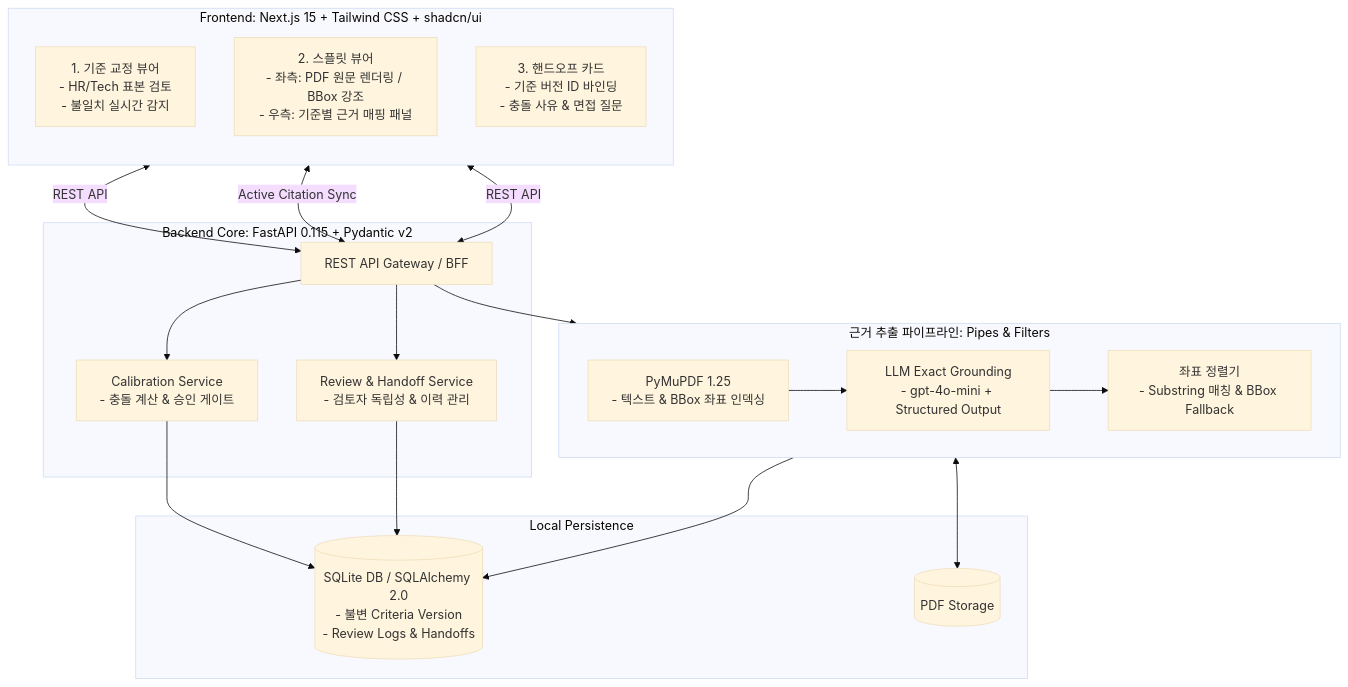
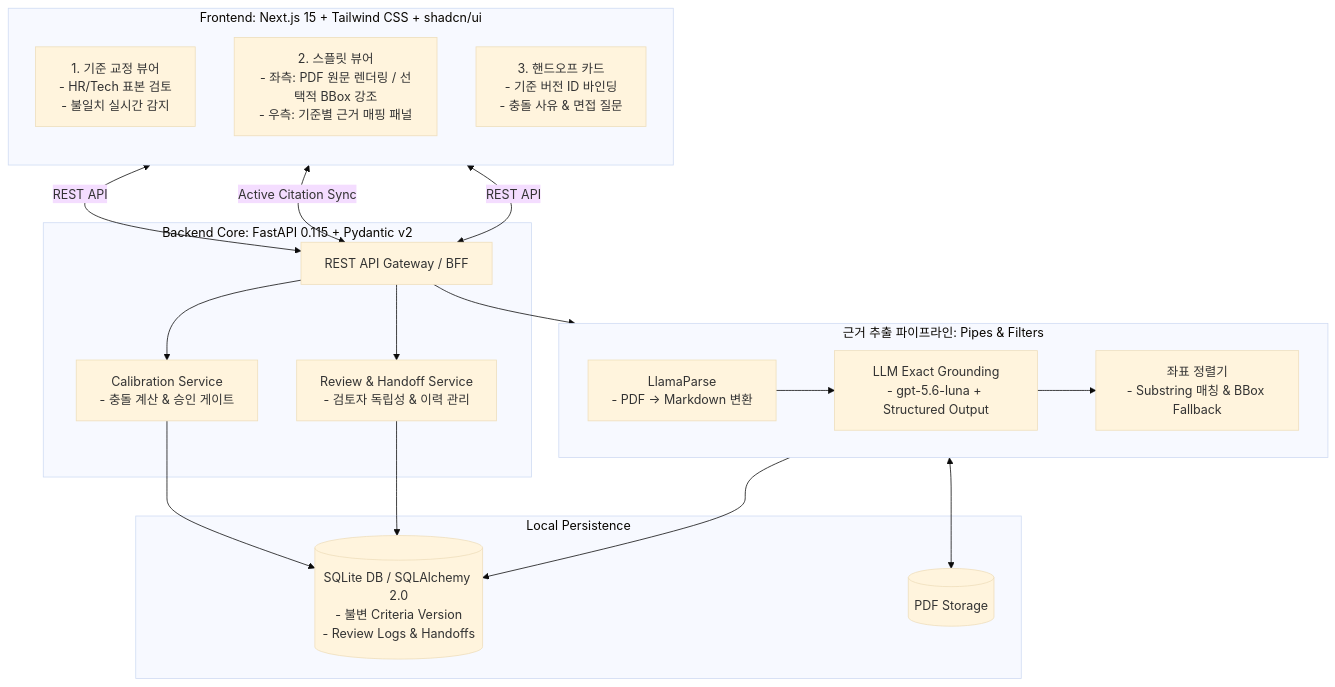
The first of 2 diagrams in _bmad-output/planning-artifacts/architecture/architecture-Zero100_Builderthon-2026-08-26/PRESENTATION-SYSTEM-DESIGN.md (CSshk113/BLDT_BMAD), drawn with Mermaid (base theme) before and after one commit. The commit also changed other lines of this file and 9 other files, not shown here.

````diff
--- a/_bmad-output/planning-artifacts/architecture/architecture-Zero100_Builderthon-2026-08-26/PRESENTATION-SYSTEM-DESIGN.md
+++ b/_bmad-output/planning-artifacts/architecture/architecture-Zero100_Builderthon-2026-08-26/PRESENTATION-SYSTEM-DESIGN.md
@@ -21,54 +21,54 @@
 ```mermaid
 flowchart TB
     subgraph UI [Frontend: Next.js 15 + Tailwind CSS + shadcn/ui]
         direction TB
         CALIB_UI[1. 기준 교정 뷰어
 - HR/Tech 표본 검토
 - 불일치 실시간 감지]
         SPLIT_UI[2. 스플릿 뷰어
-- 좌측: PDF 원문 렌더링 / BBox 강조
+- 좌측: PDF 원문 렌더링 / 선택적 BBox 강조
 - 우측: 기준별 근거 매핑 패널]
         HANDOFF_UI[3. 핸드오프 카드
 - 기준 버전 ID 바인딩
 - 충돌 사유 & 면접 질문]
     end
 
     subgraph API [Backend Core: FastAPI 0.115 + Pydantic v2]
         ROUTER[REST API Gateway / BFF]
         CALIB_SVC[Calibration Service
 - 충돌 계산 & 승인 게이트]
         REVIEW_SVC[Review & Handoff Service
 - 검토자 독립성 & 이력 관리]
     end
 
     subgraph PIPELINE [근거 추출 파이프라인: Pipes & Filters]
-        PDF_PARSER[PyMuPDF 1.25
-- 텍스트 & BBox 좌표 인덱싱]
+        PDF_PARSER[LlamaParse
+- PDF → Markdown 변환]
         LLM_GROUND[LLM Exact Grounding
-- gpt-4o-mini + Structured Output]
+- gpt-5.6-luna + Structured Output]
         COORD_ALIGN[좌표 정렬기
 - Substring 매칭 & BBox Fallback]
         
         PDF_PARSER --> LLM_GROUND --> COORD_ALIGN
     end
 
     subgraph STORAGE [Local Persistence]
         DB[(SQLite DB / SQLAlchemy 2.0
 - 불변 Criteria Version
 - Review Logs & Handoffs)]
         PDF_FILES[(PDF Storage)]
     end
 
     CALIB_UI <-->|REST API| ROUTER
     SPLIT_UI <-->|Active Citation Sync| ROUTER
     HANDOFF_UI <-->|REST API| ROUTER
 
     ROUTER --> CALIB_SVC
     ROUTER --> REVIEW_SVC
     ROUTER --> PIPELINE
 
     CALIB_SVC --> DB
     REVIEW_SVC --> DB
     PIPELINE --> DB
     PIPELINE <--> PDF_FILES
 ```
````
